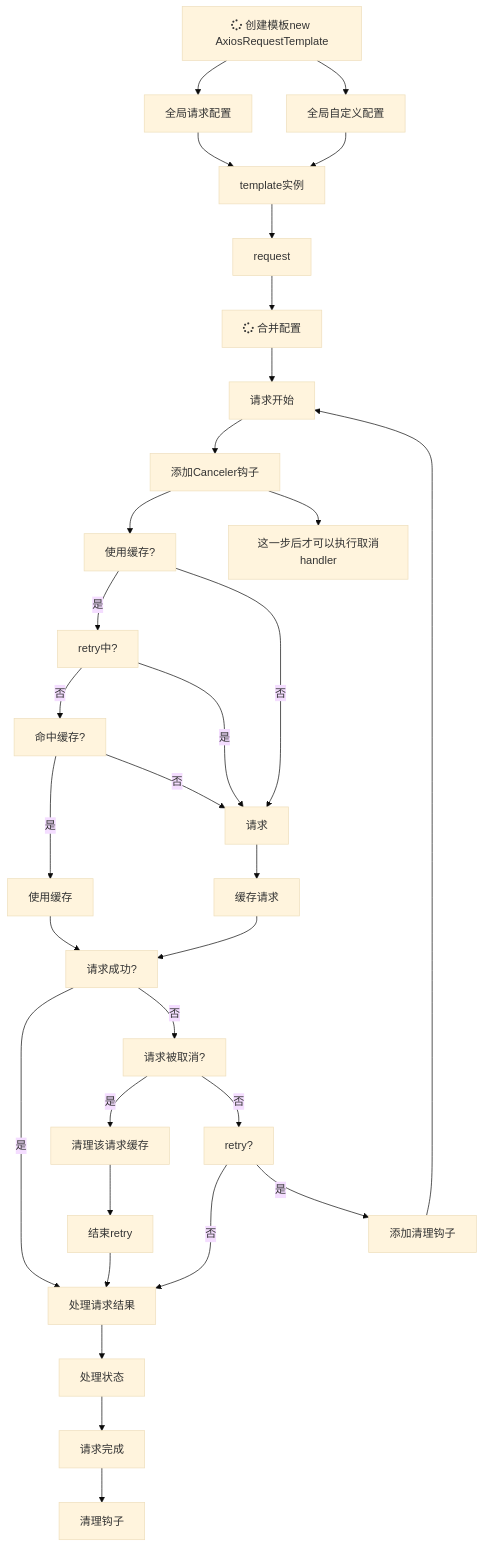
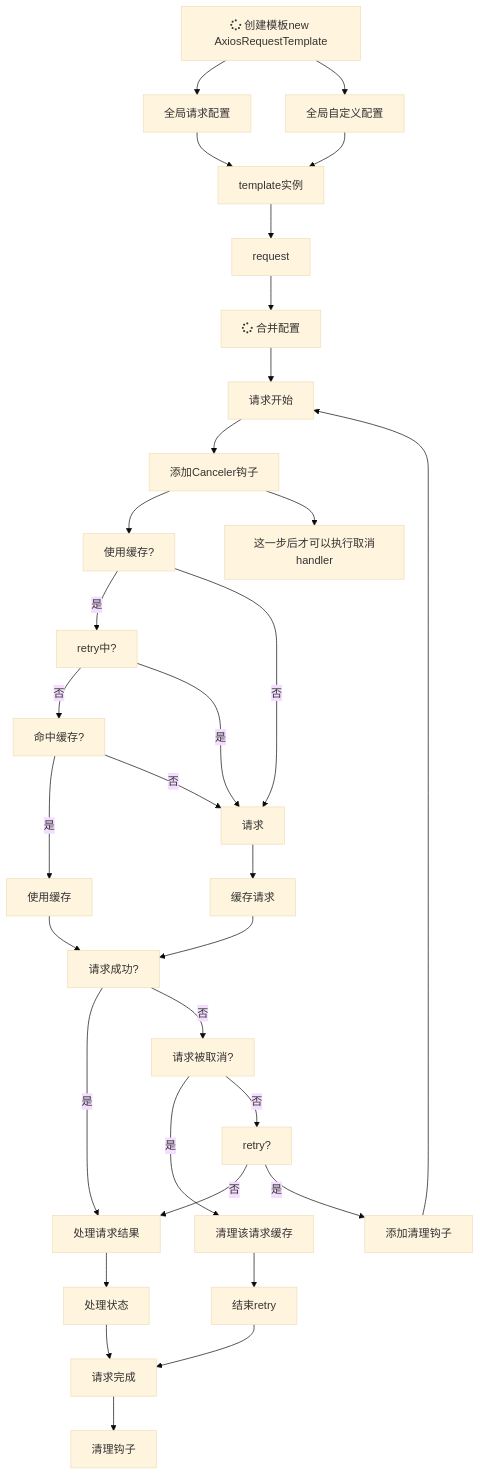
The diagram in README.md (mengxinssfd/request-template), drawn with Mermaid (base theme) before and after one commit.

````diff
--- a/README.md
+++ b/README.md
@@ -64,45 +64,45 @@
 ```mermaid
 flowchart
 MergeConfig[fa:fa-spinner 合并配置]
 CreateTemplate[fa:fa-spinner 创建模板new AxiosRequestTemplate]
 GlobalRequestConfig[全局请求配置]
 GlobalCustomConfig[全局自定义配置]
 
 
 CreateTemplate --> GlobalRequestConfig --> template实例
 CreateTemplate --> GlobalCustomConfig --> template实例
 
 
 template实例 --> request
 
 
 request --> MergeConfig --> 请求开始 --> 添加Canceler钩子 --> 使用缓存?
 
 添加Canceler钩子 --> 这一步后才可以执行取消handler
 
 使用缓存? --> |是| retry中?
 retry中? --> |否| 命中缓存?
 retry中? --> |是| 请求
 
 
 命中缓存?  --> |是| 使用缓存 --> 请求成功?
 命中缓存?  --> |否| 请求
 
 使用缓存? --> |否| 请求 -->  缓存请求  --> 请求成功?
 
 
 请求成功? --> |是| 处理请求结果
-请求成功? --> |否| 请求被取消? --> |是| 清理该请求缓存 --> 结束retry --> 处理请求结果
+请求成功? --> |否| 请求被取消? --> |是| 清理该请求缓存 --> 结束retry --> 请求完成
 请求被取消? --> |否| retry?
 
 retry? --> |否| 处理请求结果
 retry? --> |是| 添加清理钩子 --> 请求开始
 
 
 处理请求结果 --> 处理状态 --> 请求完成 --> 清理钩子
 
 
 
 
 
 ```
````
